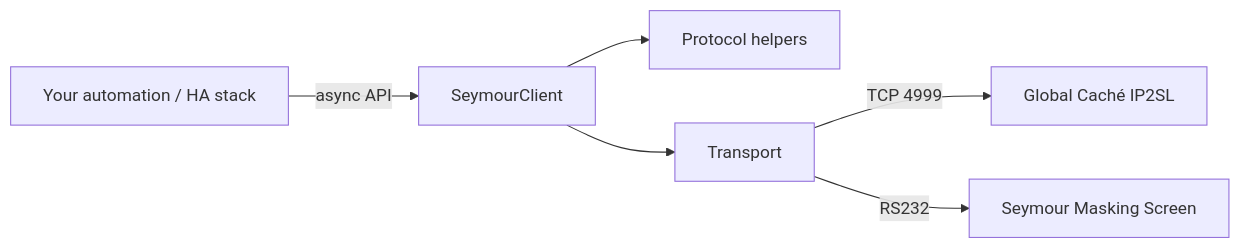
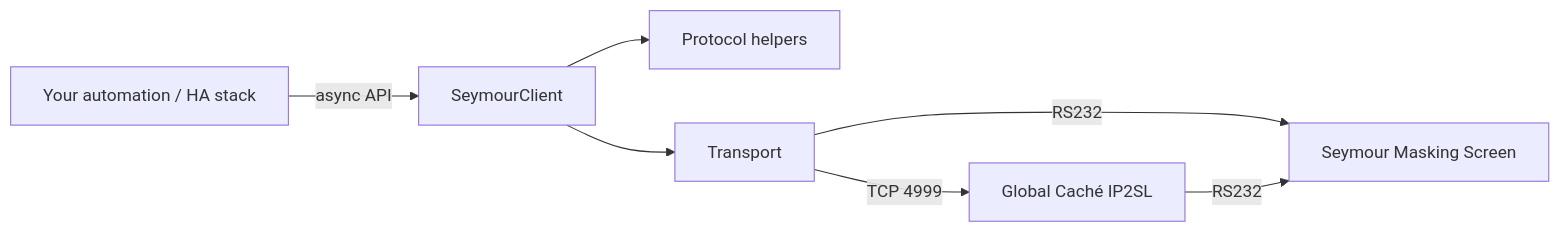
One commit to richard-berg/seymourlib changed the diagram in README.md. Above: the diagram before and after it, drawn with Mermaid.

Commit message:
fix README diagram

````diff
--- a/README.md
+++ b/README.md
@@ -21,8 +21,9 @@
 ```mermaid
 flowchart LR
      App[Your automation / HA stack] -->|async API| Client[SeymourClient]
      Client --> Protocol[Protocol helpers]
      Client --> Transport
      Transport -->|TCP 4999| IP2SL[Global Caché IP2SL]
      Transport -->|RS232| Screen[Seymour Masking Screen]
+     IP2SL -->|RS232| Screen
 ```
````
